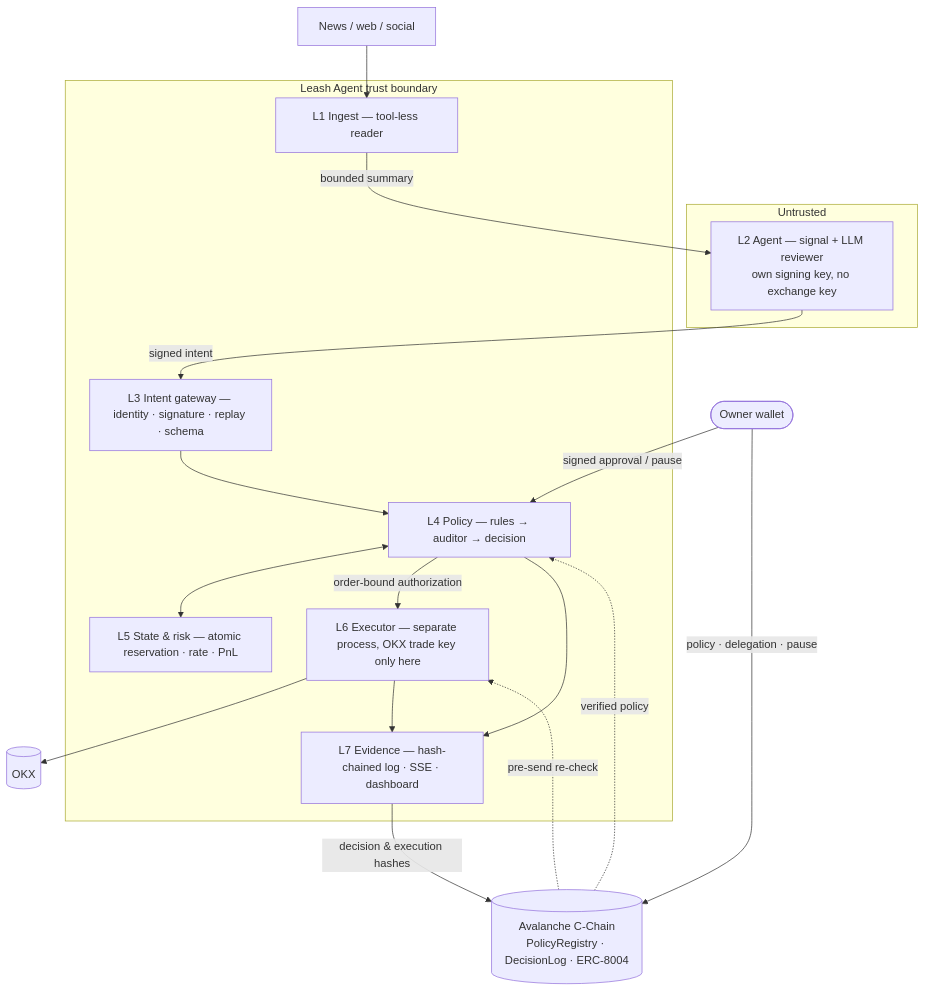
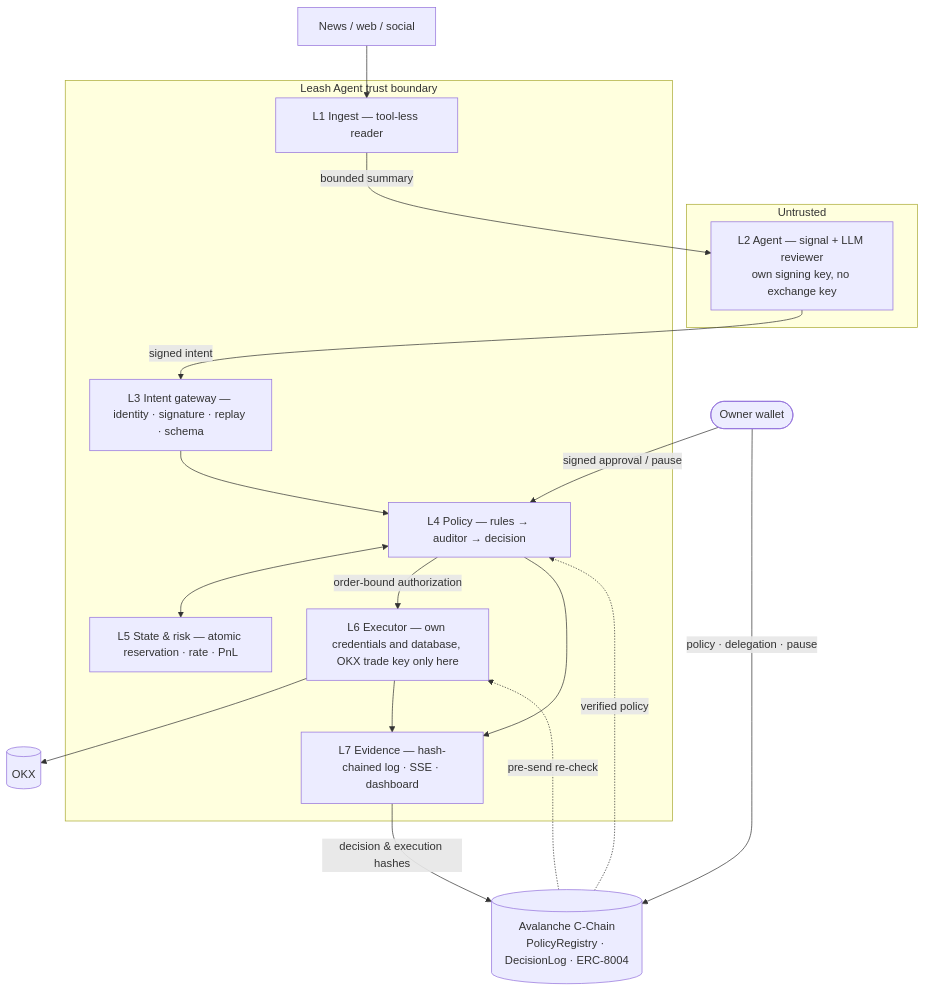
The second of 2 diagrams in README.md (ulukansarikaya/leashagent), drawn with Mermaid before and after one commit. The commit also changed other lines of this file, not shown here.

````diff
--- a/README.md
+++ b/README.md
@@ -75,33 +75,33 @@
 ```mermaid
 flowchart TB
     SRC[News / web / social] --> L1
     OWN([Owner wallet])
 
     subgraph U[Untrusted]
         AG["L2 Agent — signal + LLM reviewer<br/>own signing key, no exchange key"]
     end
 
     subgraph LA[Leash Agent trust boundary]
         L1["L1 Ingest — tool-less reader"]
         L3["L3 Intent gateway — identity · signature · replay · schema"]
         L4["L4 Policy — rules → auditor → decision"]
         L5["L5 State & risk — atomic reservation · rate · PnL"]
-        L6["L6 Executor — separate process, OKX trade key only here"]
+        L6["L6 Executor — own credentials and database, OKX trade key only here"]
         L7["L7 Evidence — hash-chained log · SSE · dashboard"]
     end
 
     CH[("Avalanche C-Chain<br/>PolicyRegistry · DecisionLog · ERC-8004")]
     OKX[(OKX)]
 
     L1 -- bounded summary --> AG
     AG -- signed intent --> L3 --> L4
     L4 <--> L5
     L4 -- order-bound authorization --> L6 --> OKX
     L4 --> L7
     L6 --> L7
     L7 -- decision & execution hashes --> CH
     OWN -- policy · delegation · pause --> CH
     OWN -- signed approval / pause --> L4
     CH -. verified policy .-> L4
     CH -. pre-send re-check .-> L6
 ```
````
